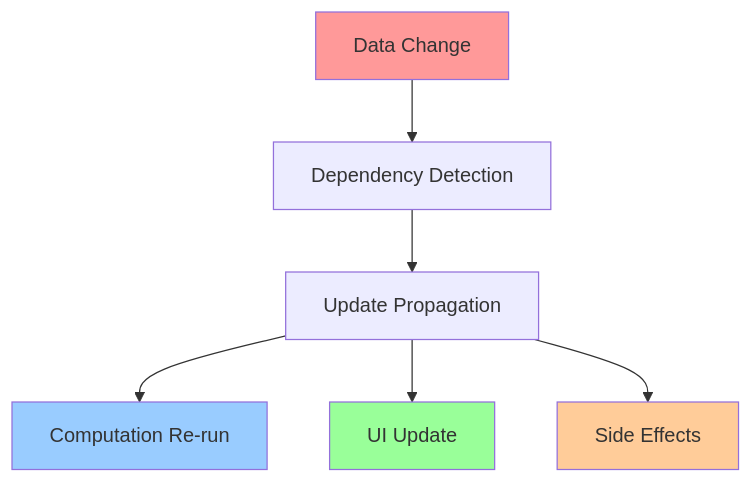
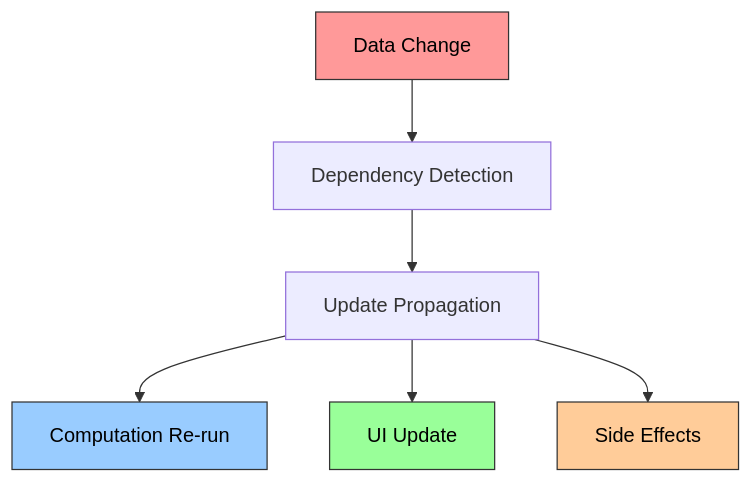
One commit to sujeet-pro/reactivity changed the first of 18 diagrams in README.md. Above: the diagram before and after it, drawn with Mermaid. The commit also changed other lines of this file and 4 other files, not shown here.

````diff
--- a/README.md
+++ b/README.md
@@ -18,13 +36,13 @@
 ```mermaid
 graph TD
     A[Data Change] --> B[Dependency Detection]
     B --> C[Update Propagation]
     C --> D[Computation Re-run]
     C --> E[UI Update]
     C --> F[Side Effects]
     
-    style A fill:#ff9999
-    style D fill:#99ccff
-    style E fill:#99ff99
-    style F fill:#ffcc99
+    style A fill:#ff9999,stroke:#333,color:#000
+    style D fill:#99ccff,stroke:#333,color:#000
+    style E fill:#99ff99,stroke:#333,color:#000
+    style F fill:#ffcc99,stroke:#333,color:#000
 ```
````
